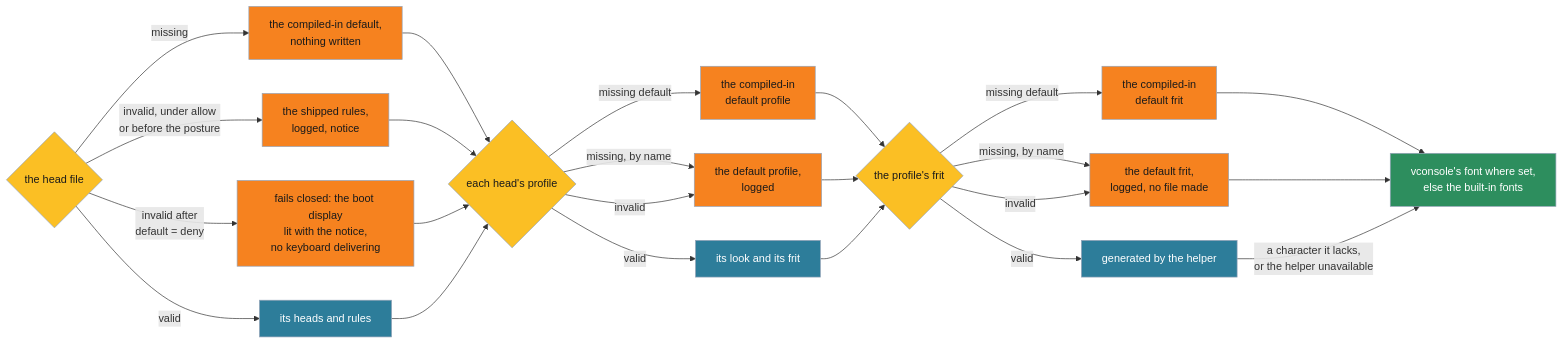
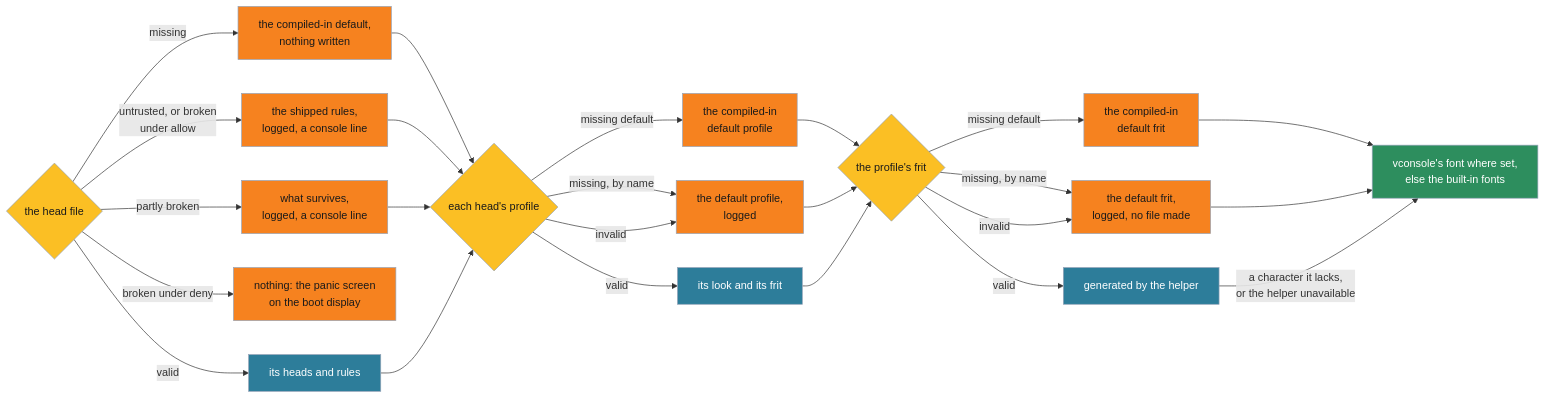
Before and after one commit to vtium/vtium: the third of 5 diagrams in docs/architecture/platform/ADR-1401-heads-a-terminal-per-physical-display-placed-by-a-first-match-ruleset.md, drawn with Mermaid. The commit also changed other lines of this file and 4 other files, not shown here.

````diff
--- a/docs/architecture/platform/ADR-1401-heads-a-terminal-per-physical-display-placed-by-a-first-match-ruleset.md
+++ b/docs/architecture/platform/ADR-1401-heads-a-terminal-per-physical-display-placed-by-a-first-match-ruleset.md
@@ -539,33 +580,34 @@
 ```mermaid
 flowchart LR
     HF{"the head file"} -->|"missing"| HFI["the compiled-in default,<br>nothing written"]
-    HF -->|"invalid, under allow<br>or before the posture"| HFS["the shipped rules,<br>logged, notice"]
-    HF -->|"invalid after<br>default = deny"| HFC["fails closed: the boot display<br>lit with the notice,<br>no keyboard delivering"]
+    HF -->|"untrusted, or broken<br>under allow"| HFS["the shipped rules,<br>logged, a console line"]
+    HF -->|"partly broken"| HFP["what survives,<br>logged, a console line"]
+    HF -->|"broken under deny"| HFC["nothing: the panic screen<br>on the boot display"]
     HF -->|"valid"| HFV["its heads and rules"]
     HFI --> PR
     HFS --> PR
-    HFC --> PR
+    HFP --> PR
     HFV --> PR{"each head's profile"}
     PR -->|"missing default"| PRI["the compiled-in<br>default profile"]
     PR -->|"missing, by name"| PRD["the default profile,<br>logged"]
     PR -->|"invalid"| PRD
     PR -->|"valid"| PRV["its look and its frit"]
     PRI --> FR
     PRD --> FR
     PRV --> FR{"the profile's frit"}
     FR -->|"missing default"| FRI["the compiled-in<br>default frit"]
     FR -->|"missing, by name"| FRD["the default frit,<br>logged, no file made"]
     FR -->|"invalid"| FRD
     FR -->|"valid"| FRV["generated by the helper"]
     FRI --> BI
     FRD --> BI["vconsole's font where set,<br>else the built-in fonts"]
     FRV -->|"a character it lacks,<br>or the helper unavailable"| BI
     classDef check fill:#fbbf24,color:#1a1a1a,stroke:#94a3b8
     classDef step fill:#2d7d9a,color:#ffffff,stroke:#94a3b8
     classDef fall fill:#f6821f,color:#1a1a1a,stroke:#94a3b8
     classDef done fill:#2d8e5e,color:#ffffff,stroke:#94a3b8
     class HF,PR,FR check
     class HFV,PRV,FRV step
-    class HFI,HFS,HFC,PRI,PRD,FRI,FRD fall
+    class HFI,HFS,HFP,HFC,PRI,PRD,FRI,FRD fall
     class BI done
 ```
````
